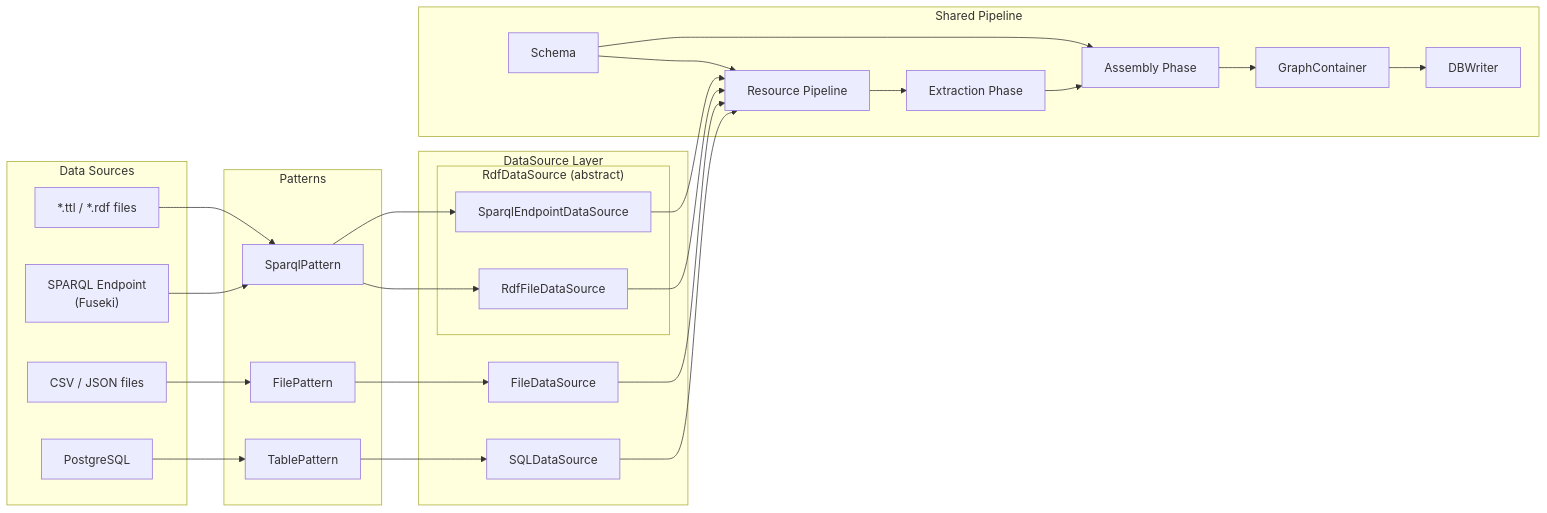
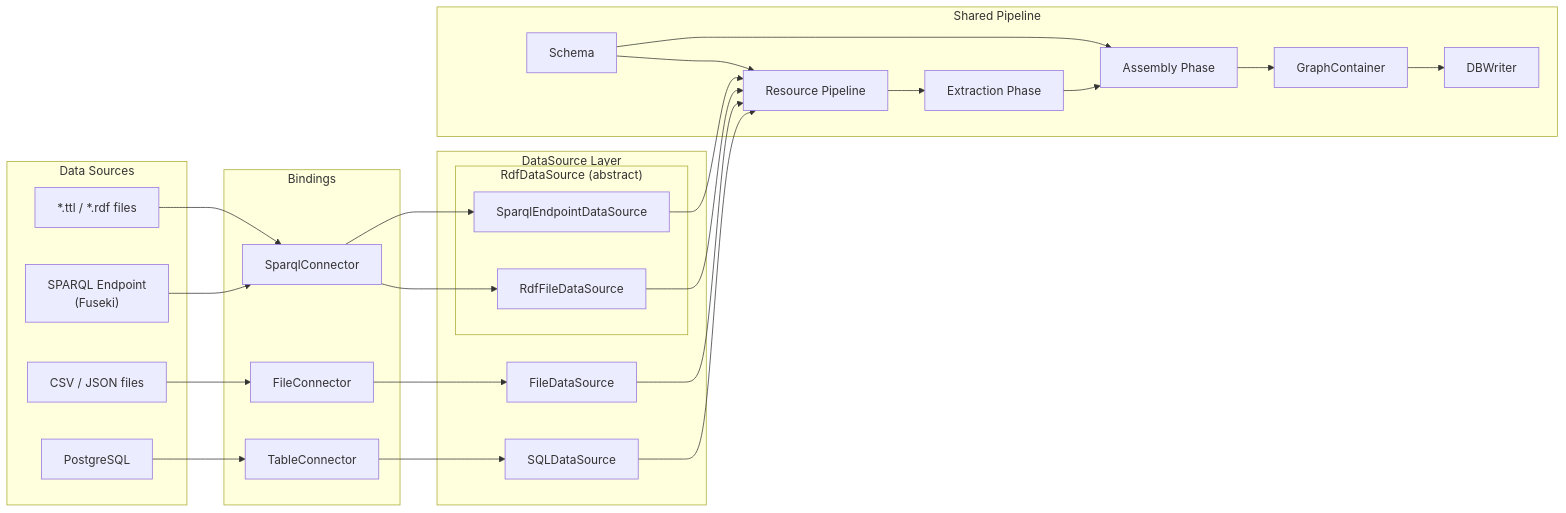
One commit to StevenBtw/graflo changed the second of 8 diagrams in docs/concepts/index.md. Above: the diagram before and after it, drawn with Mermaid. The commit also changed other lines of this file and 97 other files, not shown here.

````diff
--- a/docs/concepts/index.md
+++ b/docs/concepts/index.md
@@ -48,38 +58,38 @@
 ```mermaid
 flowchart LR
     subgraph sources [Data Sources]
         TTL["*.ttl / *.rdf files"]
         Fuseki["SPARQL Endpoint<br/>(Fuseki)"]
         Files["CSV / JSON files"]
         PG["PostgreSQL"]
     end
-    subgraph patterns [Patterns]
-        FP[FilePattern]
-        TP[TablePattern]
-        SP[SparqlPattern]
+    subgraph patterns [Bindings]
+        FP[FileConnector]
+        TP[TableConnector]
+        SP[SparqlConnector]
     end
     subgraph datasources [DataSource Layer]
         subgraph rdfFamily ["RdfDataSource (abstract)"]
             RdfDS[RdfFileDataSource]
             SparqlDS[SparqlEndpointDataSource]
         end
         FileDS[FileDataSource]
         SQLDS[SQLDataSource]
     end
     subgraph pipeline [Shared Pipeline]
         Sch[Schema]
         Res[Resource Pipeline]
         Ex[Extraction Phase]
         Asm[Assembly Phase]
         GC[GraphContainer]
         DBW[DBWriter]
     end
 
     TTL --> SP --> RdfDS --> Res
     Fuseki --> SP --> SparqlDS --> Res
     Files --> FP --> FileDS --> Res
     PG --> TP --> SQLDS --> Res
     Sch --> Res
     Sch --> Asm
     Res --> Ex --> Asm --> GC --> DBW
 ```
````
